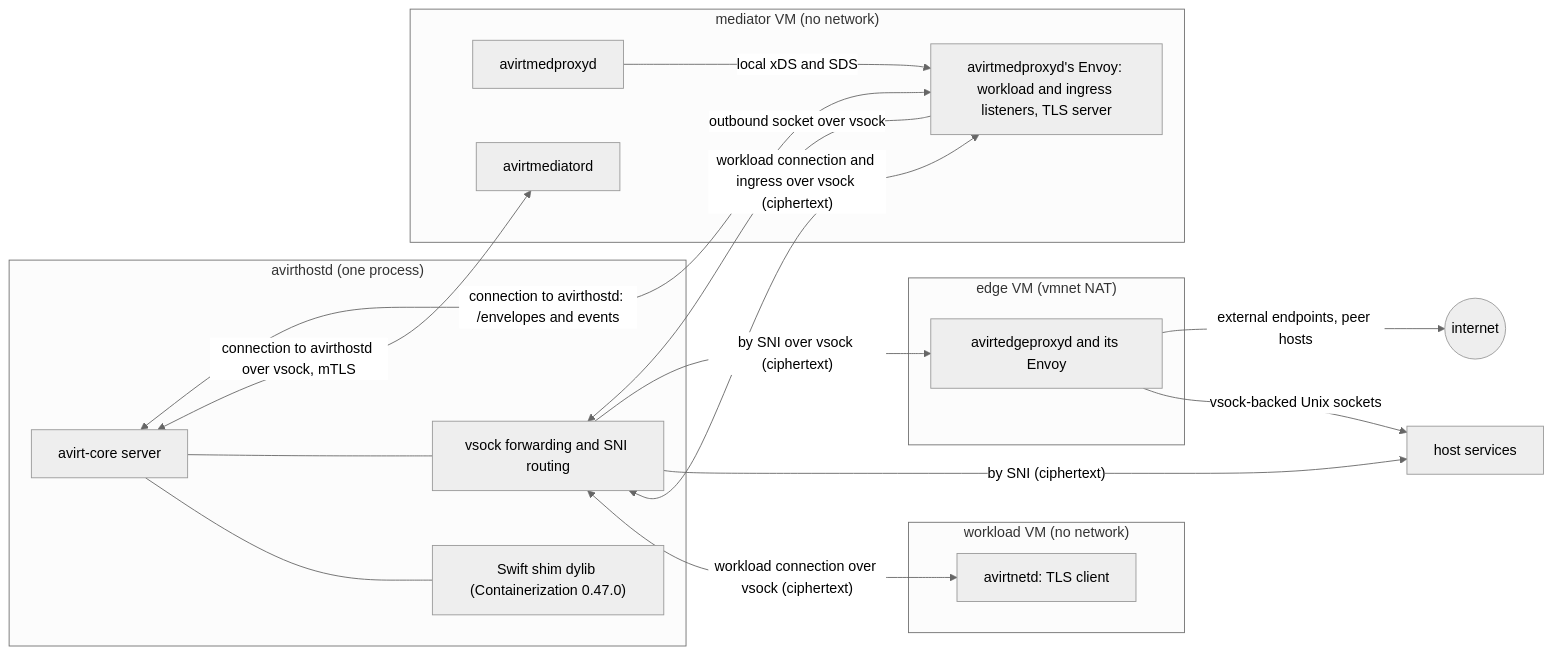
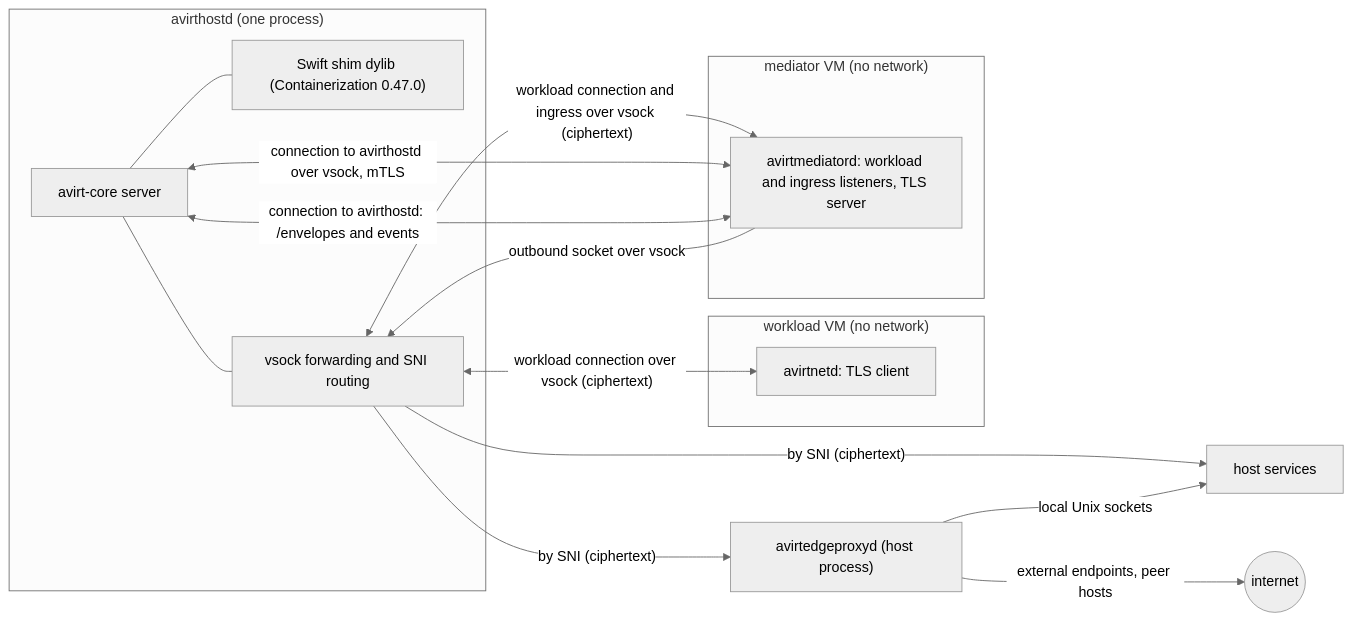
Before and after one commit to tbhb-dev/avirt: the first of 2 diagrams in docs/compute-runtimes.md, drawn with Mermaid (neutral theme). The commit also changed other lines of this file and 116 other files, not shown here.

````diff
--- a/docs/compute-runtimes.md
+++ b/docs/compute-runtimes.md
@@ -119,32 +115,27 @@
 ```mermaid
 flowchart LR
     subgraph hostd["avirthostd (one process)"]
         core["avirt-core server"]
         shim["Swift shim dylib (Containerization 0.47.0)"]
         fwd["vsock forwarding and SNI routing"]
         core --- shim
         core --- fwd
     end
     subgraph wvm["workload VM (no network)"]
         net["avirtnetd: TLS client"]
     end
     subgraph svm["mediator VM (no network)"]
-        me["avirtmedproxyd's Envoy: workload and ingress listeners, TLS server"]
-        mp["avirtmedproxyd"]
-        med["avirtmediatord"]
-        mp -->|"local xDS and SDS"| me
+        me["avirtmediatord: workload and ingress listeners, TLS server"]
     end
     hs["host services"]
-    subgraph evm["edge VM (vmnet NAT)"]
-        fd["avirtedgeproxyd and its Envoy"]
-    end
+    fd["avirtedgeproxyd (host process)"]
     fwd <-->|"workload connection over vsock (ciphertext)"| net
     fwd <-->|"workload connection and ingress over vsock (ciphertext)"| me
-    core <-->|"connection to avirthostd over vsock, mTLS"| med
+    core <-->|"connection to avirthostd over vsock, mTLS"| me
     core <-->|"connection to avirthostd: /envelopes and events"| me
     me -->|"outbound socket over vsock"| fwd
     fwd -->|"by SNI (ciphertext)"| hs
-    fwd -->|"by SNI over vsock (ciphertext)"| fd
-    fd -->|"vsock-backed Unix sockets"| hs
+    fwd -->|"by SNI (ciphertext)"| fd
+    fd -->|"local Unix sockets"| hs
     fd -->|"external endpoints, peer hosts"| net2(("internet"))
 ```
````
